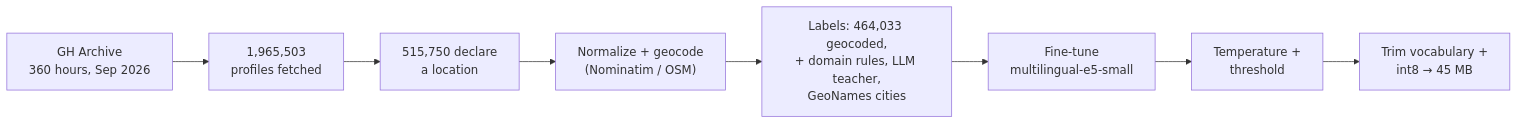
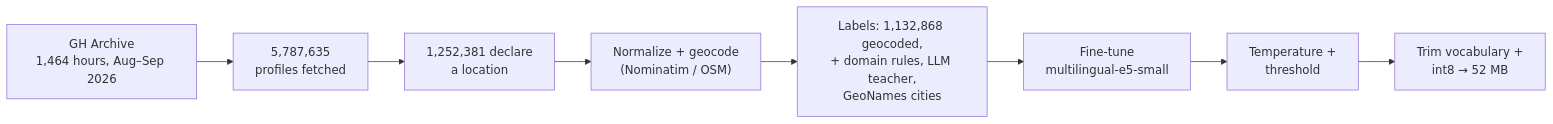
Before and after one commit to hsborges-msr/github-country-classifier: the second of 2 diagrams in README.md, drawn with Mermaid. The commit also changed other lines of this file and 7 other files, not shown here.

````diff
--- a/README.md
+++ b/README.md
@@ -153,10 +173,10 @@
 ```mermaid
 flowchart LR
-  G["GH Archive<br/>360 hours, Sep 2026"] --> U["1,965,503<br/>profiles fetched"]
-  U --> L["515,750 declare<br/>a location"]
+  G["GH Archive<br/>1,464 hours, Aug–Sep 2026"] --> U["5,787,635<br/>profiles fetched"]
+  U --> L["1,252,381 declare<br/>a location"]
   L --> N["Normalize + geocode<br/>(Nominatim / OSM)"]
-  N --> D["Labels: 464,033 geocoded,<br/>+ domain rules, LLM teacher,<br/>GeoNames cities"]
+  N --> D["Labels: 1,132,868 geocoded,<br/>+ domain rules, LLM teacher,<br/>GeoNames cities"]
   D --> F["Fine-tune<br/>multilingual-e5-small"]
   F --> K["Temperature +<br/>threshold"]
-  K --> X["Trim vocabulary +<br/>int8 → 45 MB"]
+  K --> X["Trim vocabulary +<br/>int8 → 52 MB"]
 ```
````
